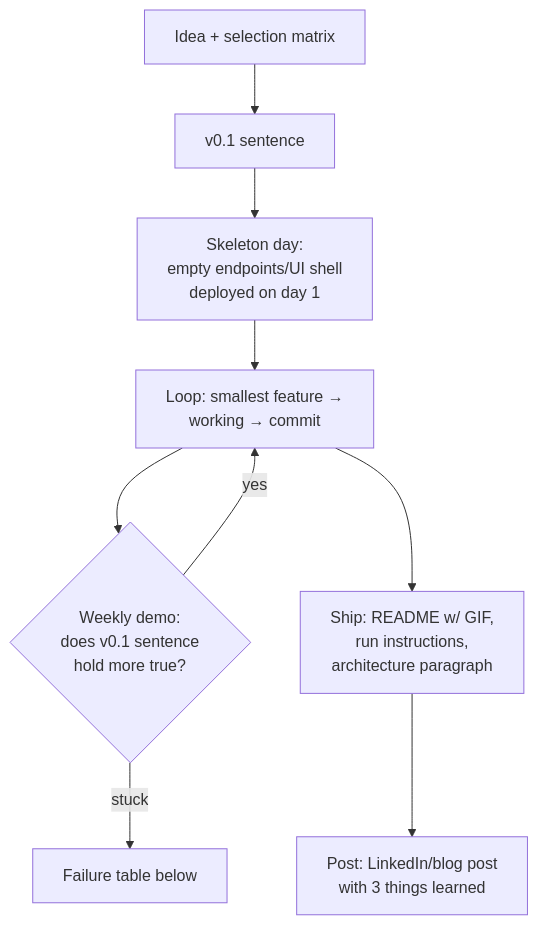
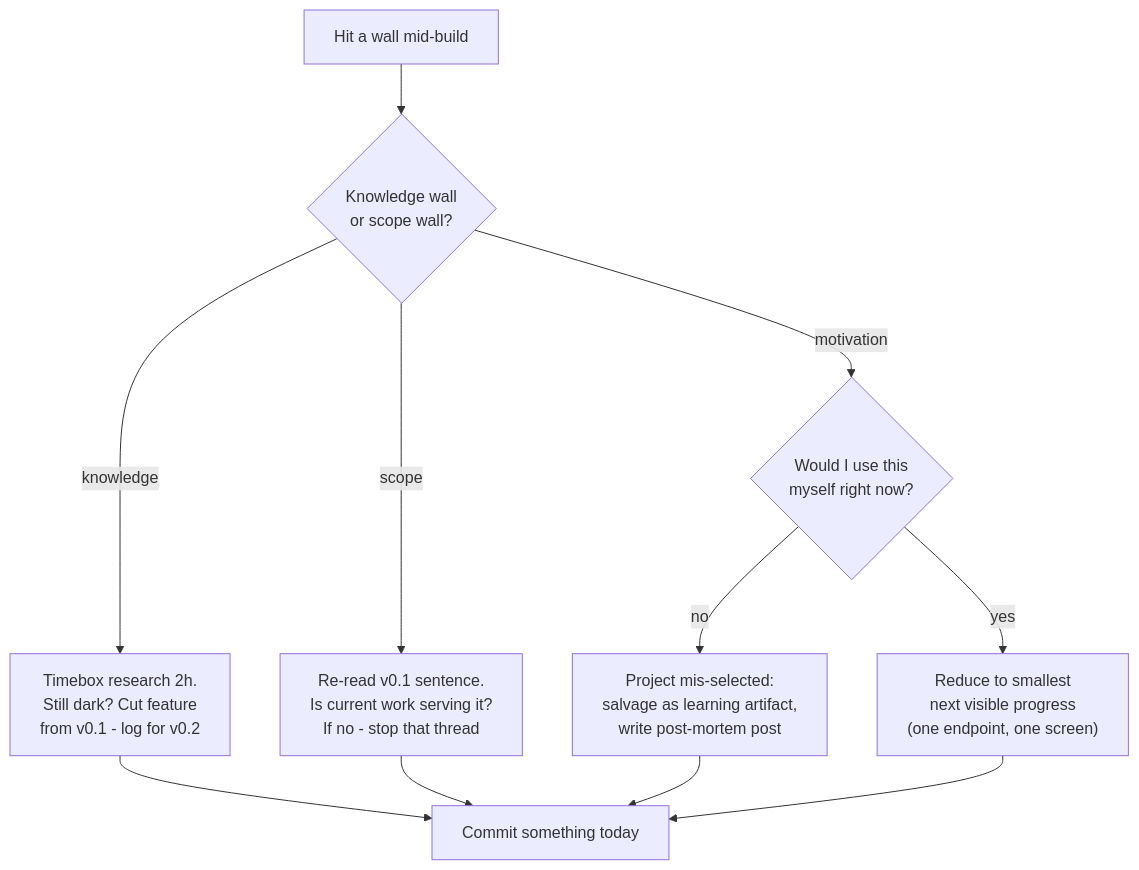
One commit to Anirudh-2810/Second-Brain changed the diagram in wiki/modules/careers/build-project-playbook.md. Above: the diagram before and after it, drawn with Mermaid. The commit also changed other lines of this file and 6 other files, not shown here.

````diff
--- a/wiki/modules/careers/build-project-playbook.md
+++ b/wiki/modules/careers/build-project-playbook.md
@@ -43,11 +57,10 @@
 ```mermaid
 flowchart TD
-    I["Idea + selection matrix"] --> S["v0.1 sentence"]
-    S --> P["Skeleton day:<br/>empty endpoints/UI shell<br/>deployed on day 1"]
-    P --> L["Loop: smallest feature →<br/>working → commit"]
-    L --> W{"Weekly demo:<br/>does v0.1 sentence<br/>hold more true?"}
-    W -- yes --> L
-    W -- stuck --> F["Failure table below"]
-    L --> D["Ship: README w/ GIF,<br/>run instructions,<br/>architecture paragraph"]
-    D --> T["Post: LinkedIn/blog post<br/>with 3 things learned"]
+    W["Hit a wall mid-build"] --> K{"Knowledge wall<br/>or scope wall?"}
+    K -->|"knowledge"| T["Timebox research 2h.<br/>Still dark? Cut feature<br/>from v0.1 - log for v0.2"]
+    K -->|"scope"| S["Re-read v0.1 sentence.<br/>Is current work serving it?<br/>If no - stop that thread"]
+    K -->|"motivation"| M{"Would I use this<br/>myself right now?"}
+    M -->|"no"| P["Project mis-selected:<br/>salvage as learning artifact,<br/>write post-mortem post"]
+    M -->|"yes"| R["Reduce to smallest<br/>next visible progress<br/>(one endpoint, one screen)"]
+    T & S & P & R --> C["Commit something today"]
 ```
````
